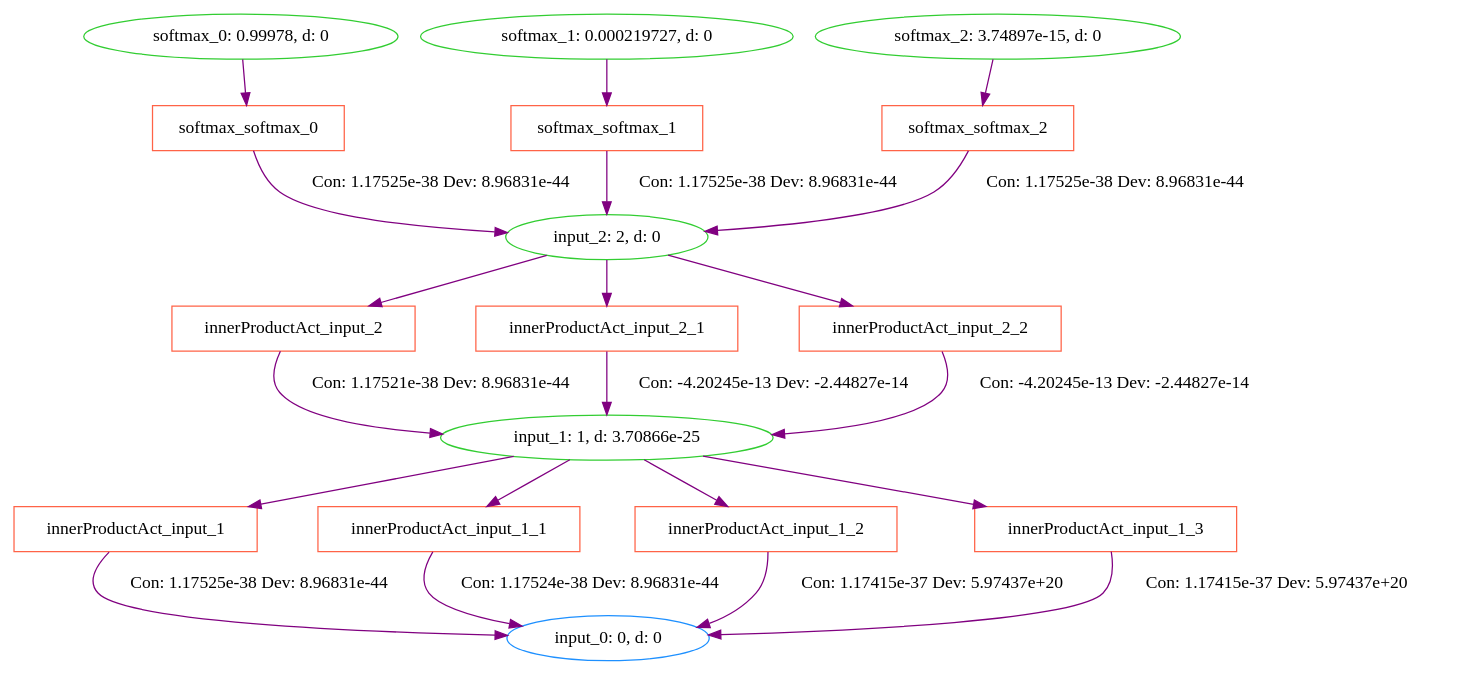
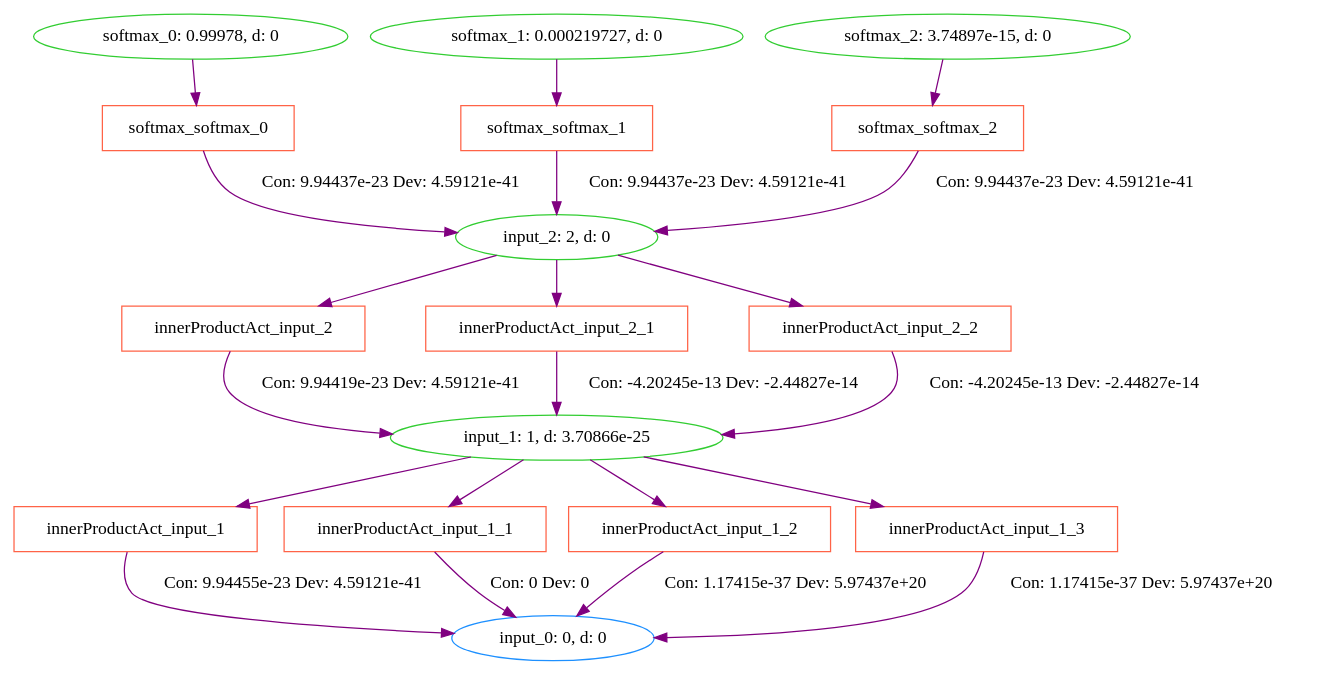
The diagram in data/iris/cprov/test2.dot (milliondegree/PXAI), drawn with Graphviz before and after one commit. The commit also changed 12 other files, not shown here.

```diff
--- a/data/iris/cprov/test2.dot
+++ b/data/iris/cprov/test2.dot
@@ -1,58 +1,58 @@
 digraph G {
 0 [label="input_0: 0, d: 0", shape=oval, color=dodgerblue];
 1 [label="input_1: 1, d: 3.70866e-25", shape=oval, color=limegreen];
 2 [label="innerProductAct_input_1", shape=box, color=tomato];
 3 [label="innerProductAct_input_1_1", shape=box, color=tomato];
 4 [label="innerProductAct_input_1_2", shape=box, color=tomato];
 5 [label="innerProductAct_input_1_3", shape=box, color=tomato];
 6 [label="input_2: 2, d: 0", shape=oval, color=limegreen];
 7 [label="innerProductAct_input_2", shape=box, color=tomato];
 8 [label="innerProductAct_input_2_1", shape=box, color=tomato];
 9 [label="innerProductAct_input_2_2", shape=box, color=tomato];
 10 [label="softmax_0: 0.99978, d: 0", shape=oval, color=limegreen];
 11 [label="softmax_softmax_0", shape=box, color=tomato];
 12 [label="softmax_1: 0.000219727, d: 0", shape=oval, color=limegreen];
 13 [label="softmax_softmax_1", shape=box, color=tomato];
 14 [label="softmax_2: 3.74897e-15, d: 0", shape=oval, color=limegreen];
 15 [label="softmax_softmax_2", shape=box, color=tomato];
 1->2  [color=purple]
  [label=""];
 2->0  [color=purple]
- [label="Con: 1.17525e-38 Dev: 8.96831e-44"];
+ [label="Con: 9.94455e-23 Dev: 4.59121e-41"];
 1->3  [color=purple]
  [label=""];
 3->0  [color=purple]
- [label="Con: 1.17524e-38 Dev: 8.96831e-44"];
+ [label="Con: 0 Dev: 0"];
 1->4  [color=purple]
  [label=""];
 4->0  [color=purple]
  [label="Con: 1.17415e-37 Dev: 5.97437e+20"];
 1->5  [color=purple]
  [label=""];
 5->0  [color=purple]
  [label="Con: 1.17415e-37 Dev: 5.97437e+20"];
 6->7  [color=purple]
  [label=""];
 7->1  [color=purple]
- [label="Con: 1.17521e-38 Dev: 8.96831e-44"];
+ [label="Con: 9.94419e-23 Dev: 4.59121e-41"];
 6->8  [color=purple]
  [label=""];
 8->1  [color=purple]
  [label="Con: -4.20245e-13 Dev: -2.44827e-14"];
 6->9  [color=purple]
  [label=""];
 9->1  [color=purple]
  [label="Con: -4.20245e-13 Dev: -2.44827e-14"];
 10->11  [color=purple]
  [label=""];
 11->6  [color=purple]
- [label="Con: 1.17525e-38 Dev: 8.96831e-44"];
+ [label="Con: 9.94437e-23 Dev: 4.59121e-41"];
 12->13  [color=purple]
  [label=""];
 13->6  [color=purple]
- [label="Con: 1.17525e-38 Dev: 8.96831e-44"];
+ [label="Con: 9.94437e-23 Dev: 4.59121e-41"];
 14->15  [color=purple]
  [label=""];
 15->6  [color=purple]
- [label="Con: 1.17525e-38 Dev: 8.96831e-44"];
+ [label="Con: 9.94437e-23 Dev: 4.59121e-41"];
 }
```
